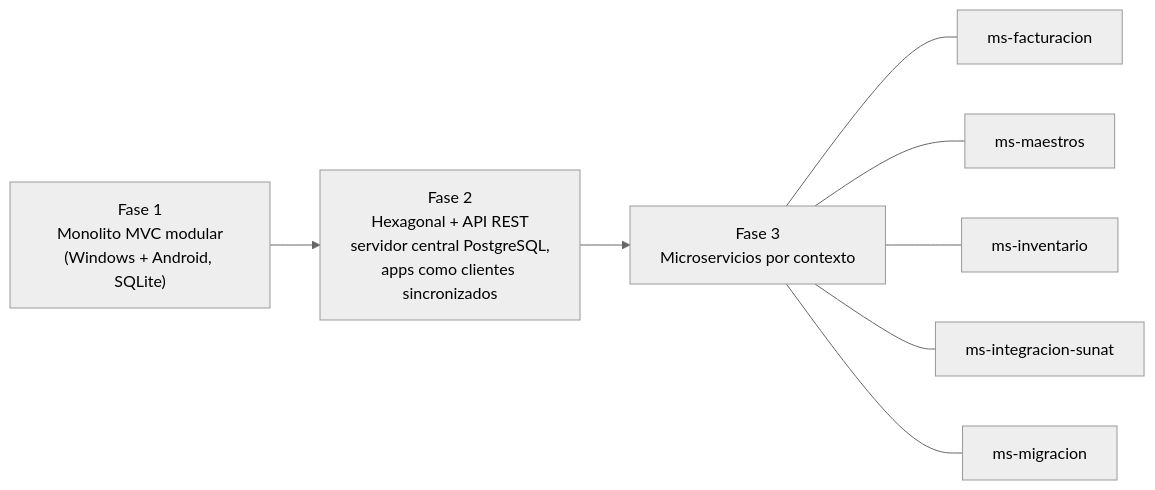
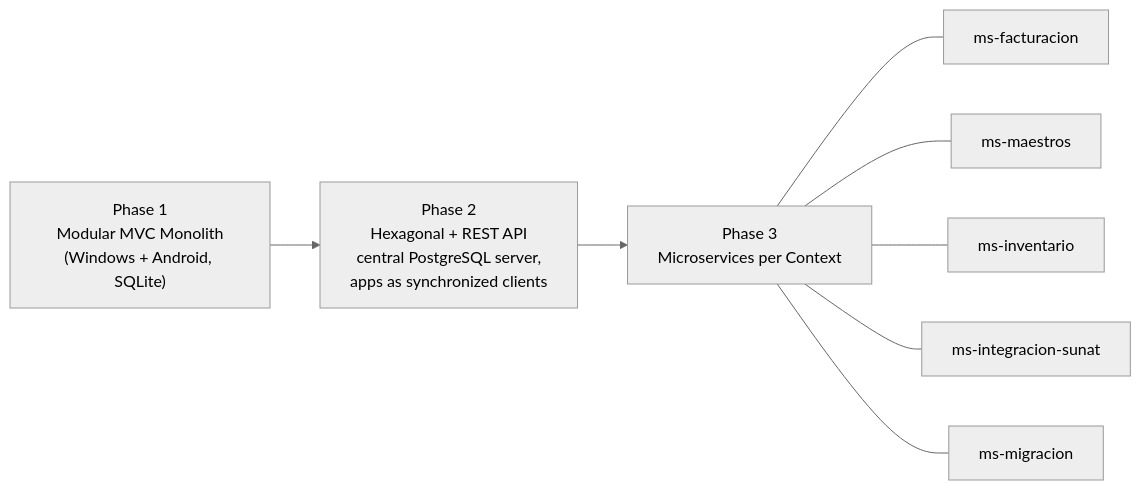
One commit to Zahir1332007/MD-Arquitectura changed the fifth of 7 diagrams in docs/02_ARQUITECTURA.md. Above: the diagram before and after it, drawn with Mermaid (neutral theme). The commit also changed other lines of this file and 16 other files, not shown here.

````diff
--- a/docs/02_ARQUITECTURA.md
+++ b/docs/02_ARQUITECTURA.md
@@ -155,10 +154,10 @@
 ```mermaid
 flowchart LR
-    F1["Fase 1<br/>Monolito MVC modular<br/>(Windows + Android, SQLite)"] --> F2["Fase 2<br/>Hexagonal + API REST<br/>servidor central PostgreSQL,<br/>apps como clientes sincronizados"]
-    F2 --> F3["Fase 3<br/>Microservicios por contexto"]
+    F1["Phase 1<br/>Modular MVC Monolith<br/>(Windows + Android, SQLite)"] --> F2["Phase 2<br/>Hexagonal + REST API<br/>central PostgreSQL server,<br/>apps as synchronized clients"]
+    F2 --> F3["Phase 3<br/>Microservices per Context"]
     F3 --- MS1[ms-facturacion]
     F3 --- MS2[ms-maestros]
     F3 --- MS3[ms-inventario]
     F3 --- MS4[ms-integracion-sunat]
     F3 --- MS5[ms-migracion]
 ```
````
